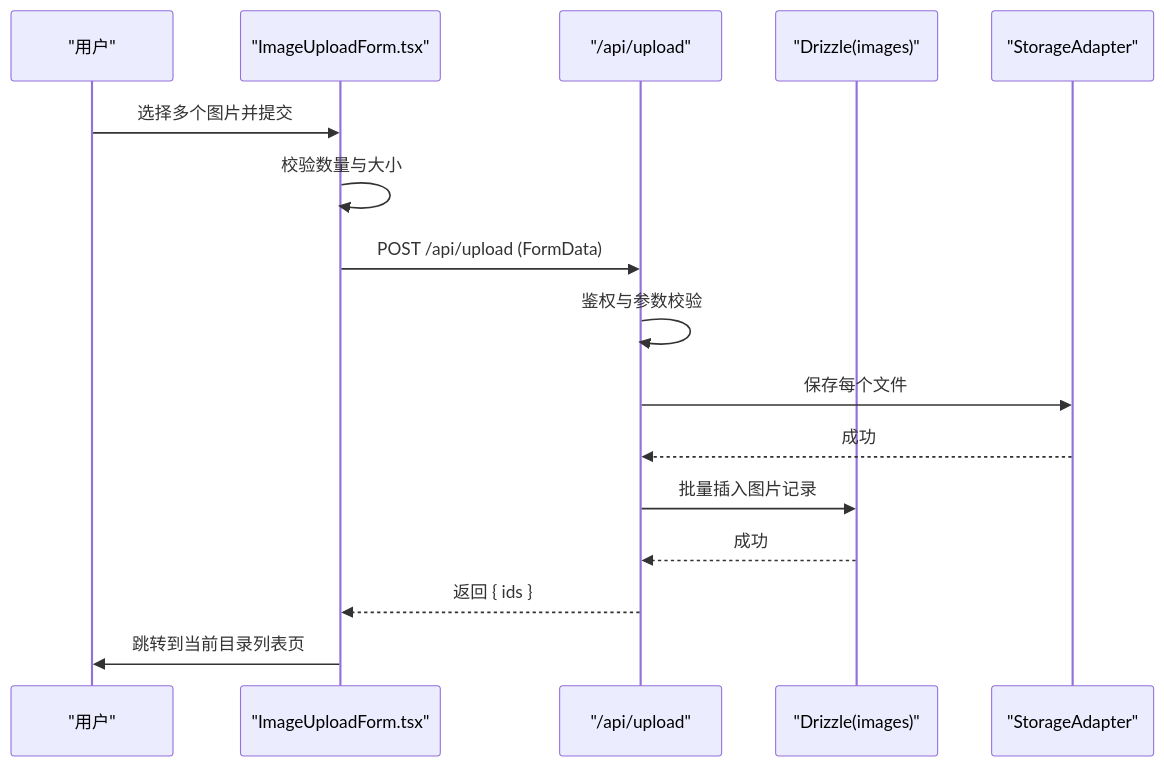
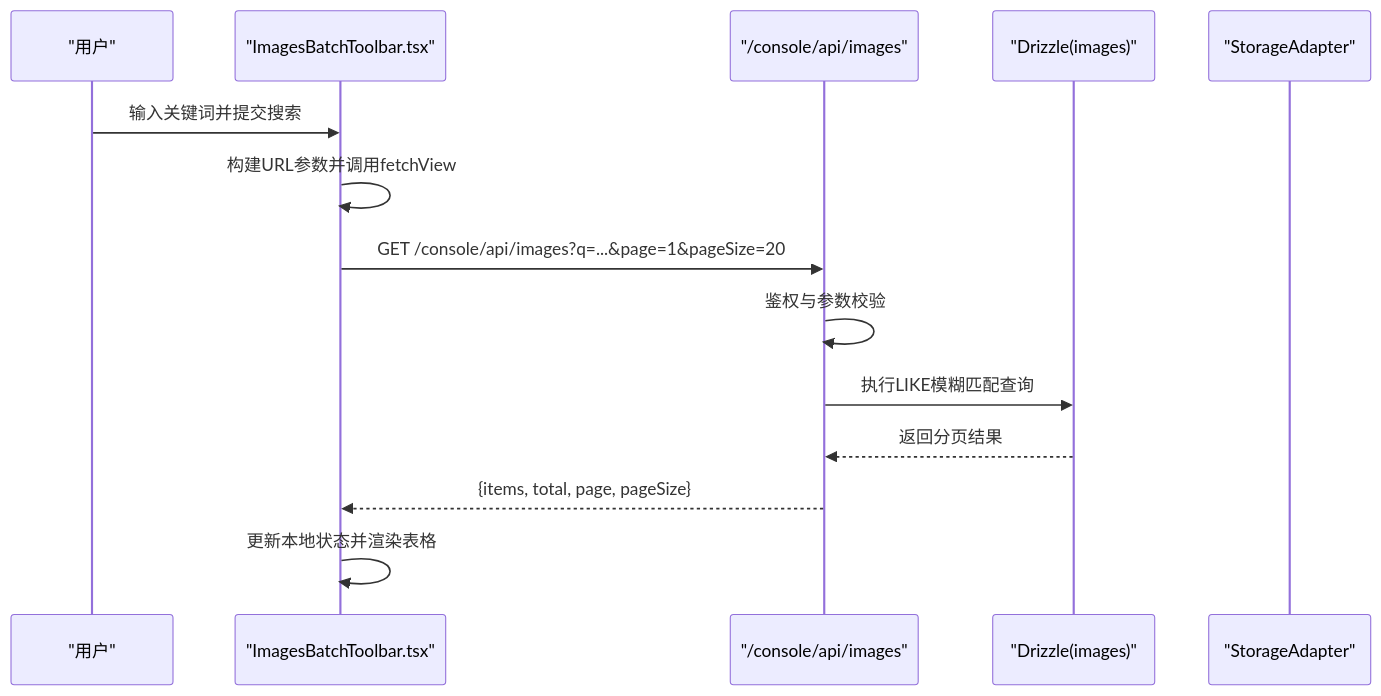
The second of 10 diagrams in .qoder/repowiki/zh/content/功能特性/图片管理/图片管理.md (pnnh/weable), drawn with Mermaid before and after one commit. The commit also changed other lines of this file and 154 other files, not shown here.

````diff
--- a/.qoder/repowiki/zh/content/功能特性/图片管理/图片管理.md
+++ b/.qoder/repowiki/zh/content/功能特性/图片管理/图片管理.md
@@ -133,18 +160,16 @@
 ```mermaid
 sequenceDiagram
 participant U as "用户"
-participant UI as "ImageUploadForm.tsx"
-participant API as "/api/upload"
+participant UI as "ImagesBatchToolbar.tsx"
+participant API as "/console/api/images"
 participant DB as "Drizzle(images)"
 participant ST as "StorageAdapter"
-U->>UI : 选择多个图片并提交
-UI->>UI : 校验数量与大小
-UI->>API : POST /api/upload (FormData)
+U->>UI : 输入关键词并提交搜索
+UI->>UI : 构建URL参数并调用fetchView
+UI->>API : GET /console/api/images?q=...&page=1&pageSize=20
 API->>API : 鉴权与参数校验
-API->>ST : 保存每个文件
-ST-->>API : 成功
-API->>DB : 批量插入图片记录
-DB-->>API : 成功
-API-->>UI : 返回 { ids }
-UI->>U : 跳转到当前目录列表页
+API->>DB : 执行LIKE模糊匹配查询
+DB-->>API : 返回分页结果
+API-->>UI : {items, total, page, pageSize}
+UI->>UI : 更新本地状态并渲染表格
 ```
````
